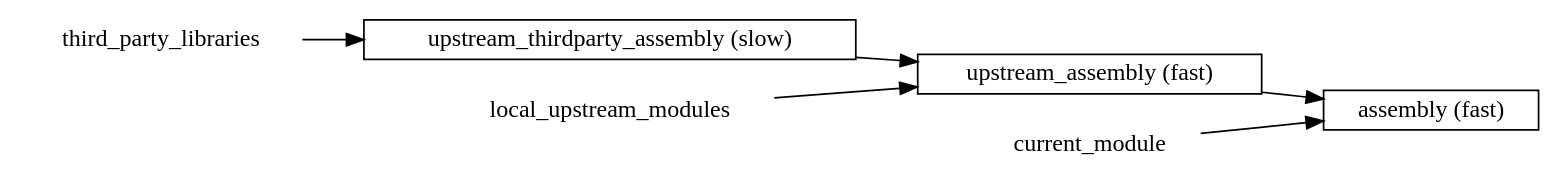
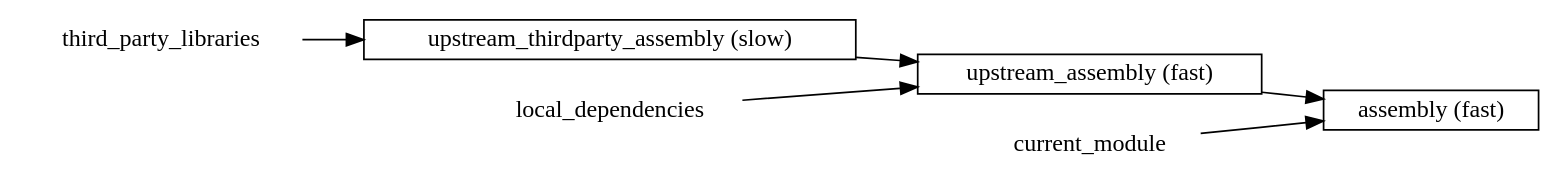
One commit to com-lihaoyi/mill changed the second of 7 diagrams in website/blog/modules/ROOT/pages/9-mill-faster-assembly-jars.adoc. Above: the diagram before and after it, drawn with Graphviz. The commit also changed other lines of this file, not shown here.

````diff
--- a/website/blog/modules/ROOT/pages/9-mill-faster-assembly-jars.adoc
+++ b/website/blog/modules/ROOT/pages/9-mill-faster-assembly-jars.adoc
@@ -393,14 +373,14 @@
 ```graphviz
 digraph G {
   rankdir=LR
   node [shape=box width=0 height=0]
   third_party_libraries -> "upstream_thirdparty_assembly (slow)"
   "upstream_thirdparty_assembly (slow)" -> "upstream_assembly (fast)"
-  local_upstream_modules -> "upstream_assembly (fast)"
+  local_dependencies -> "upstream_assembly (fast)"
   "upstream_assembly (fast)" -> "assembly (fast)"
   current_module -> "assembly (fast)"
   third_party_libraries [shape=none]
-  local_upstream_modules [shape=none]
+  local_dependencies [shape=none]
   current_module [shape=none]
 }
 ```
````
